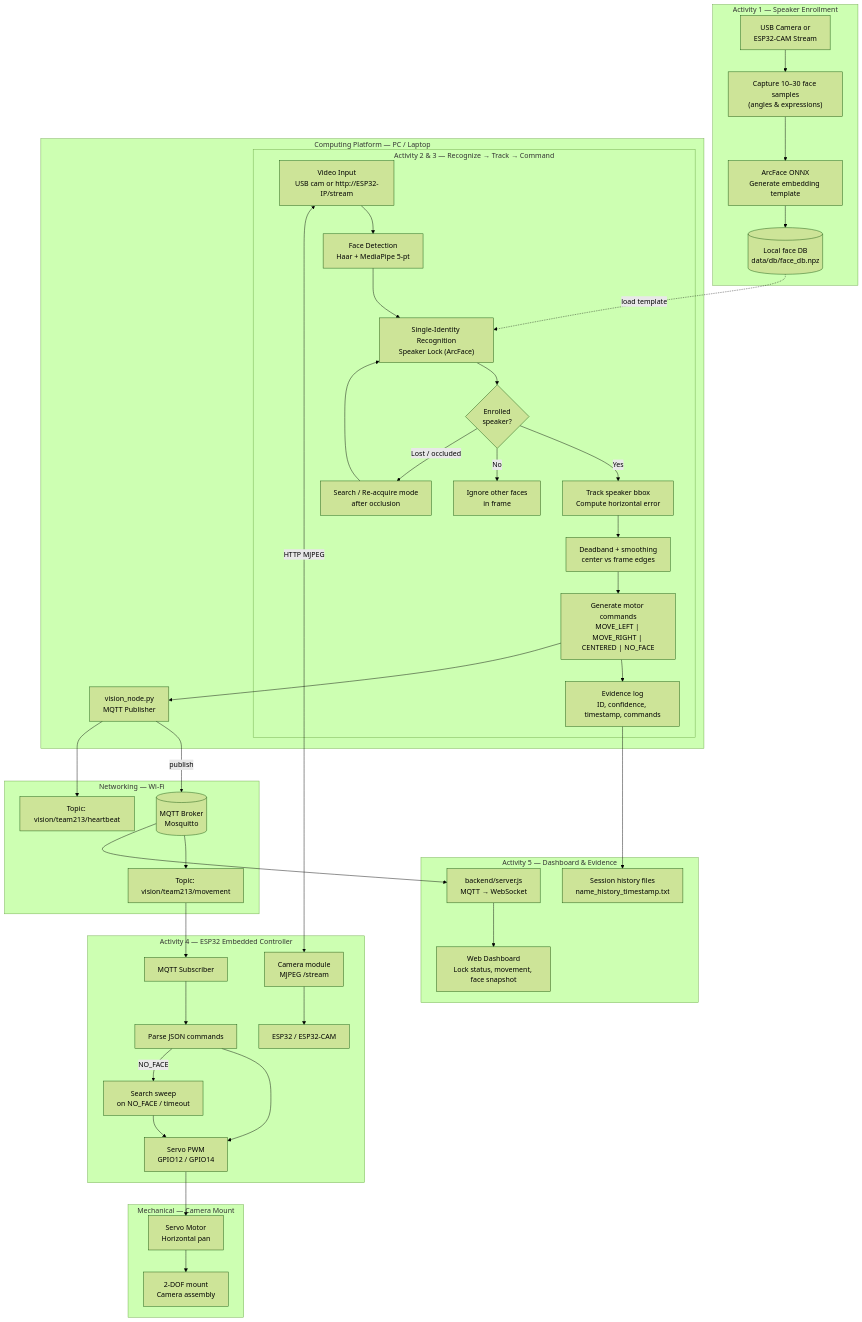
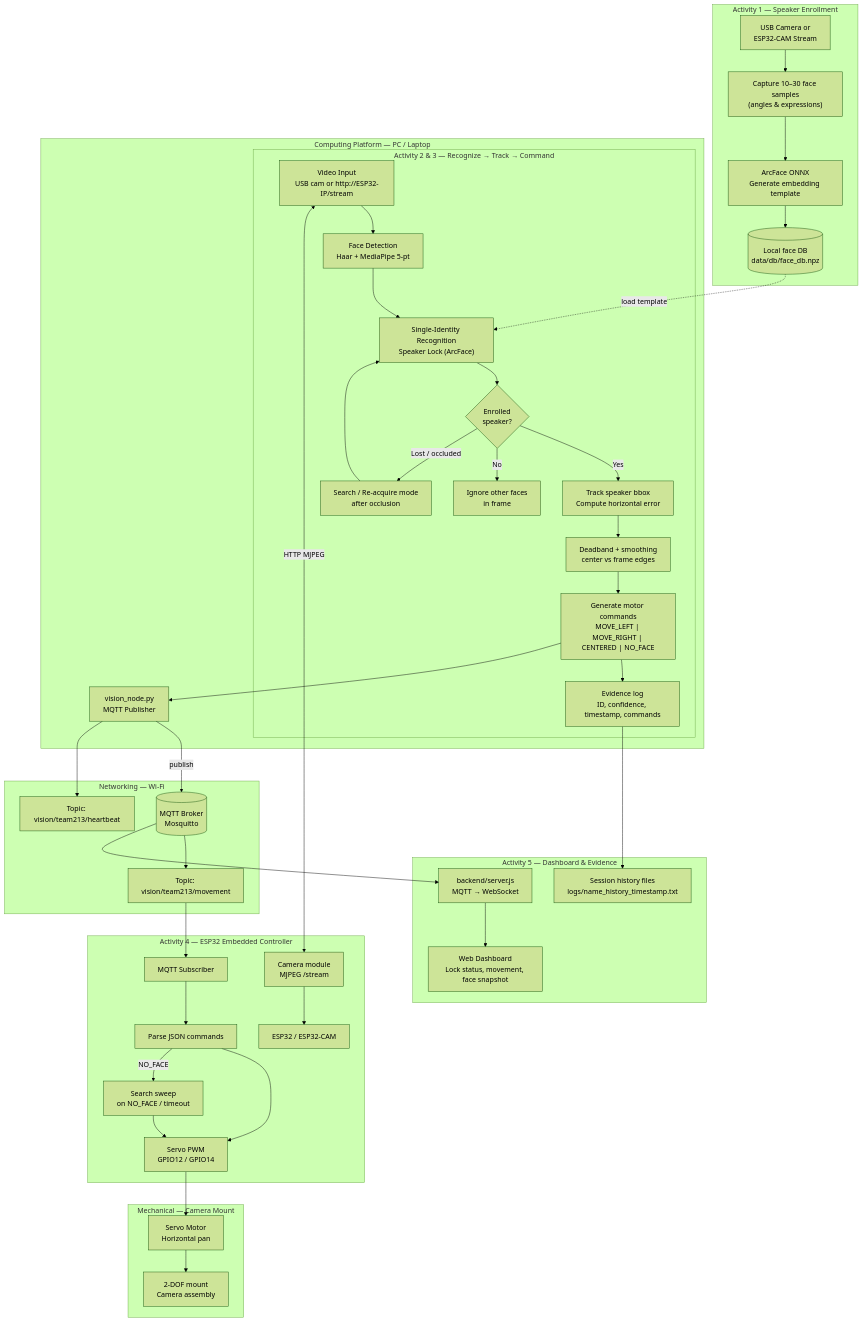
Before and after one commit to MutagomaP/FaceL-R: the first of 3 diagrams in README.md, drawn with Mermaid (forest theme). The commit also changed other lines of this file and 18 other files, not shown here.

````diff
--- a/README.md
+++ b/README.md
@@ -23,76 +23,76 @@
 ```mermaid
 flowchart TB
     subgraph ENROLL["Activity 1 — Speaker Enrollment"]
         CAM_E["USB Camera or<br/>ESP32-CAM Stream"]
         CAP["Capture 10–30 face samples<br/>(angles & expressions)"]
         ARC_E["ArcFace ONNX<br/>Generate embedding template"]
         DB[("Local face DB<br/>data/db/face_db.npz")]
         CAM_E --> CAP --> ARC_E --> DB
     end
 
     subgraph PC["Computing Platform — PC / Laptop"]
         subgraph VISION["Activity 2 & 3 — Recognize → Track → Command"]
             STREAM["Video Input<br/>USB cam or http://ESP32-IP/stream"]
             DET["Face Detection<br/>Haar + MediaPipe 5-pt"]
             REC["Single-Identity Recognition<br/>Speaker Lock (ArcFace)"]
             LOCK{"Enrolled<br/>speaker?"}
             IGNORE["Ignore other faces<br/>in frame"]
             TRACK["Track speaker bbox<br/>Compute horizontal error"]
             DEAD["Deadband + smoothing<br/>center vs frame edges"]
             CMD["Generate motor commands<br/>MOVE_LEFT | MOVE_RIGHT | CENTERED | NO_FACE"]
             SEARCH["Search / Re-acquire mode<br/>after occlusion"]
             LOG_PC["Evidence log<br/>ID, confidence, timestamp, commands"]
 
             STREAM --> DET --> REC --> LOCK
             LOCK -->|Yes| TRACK
             LOCK -->|No| IGNORE
             TRACK --> DEAD --> CMD
             LOCK -->|Lost / occluded| SEARCH
             SEARCH --> REC
             CMD --> LOG_PC
         end
 
         VNODE["vision_node.py<br/>MQTT Publisher"]
         CMD --> VNODE
     end
 
     subgraph NET["Networking — Wi-Fi"]
         BROKER[("MQTT Broker<br/>Mosquitto")]
         TOPIC_MOV["Topic: vision/team213/movement"]
         TOPIC_HB["Topic: vision/team213/heartbeat"]
     end
 
     subgraph EDGE["Activity 4 — ESP32 Embedded Controller"]
         ESP["ESP32 / ESP32-CAM"]
         SUB["MQTT Subscriber"]
         PARSE["Parse JSON commands"]
         SERVO_DRV["Servo PWM<br/>GPIO12 / GPIO14"]
         SWEEP["Search sweep<br/>on NO_FACE / timeout"]
         CAM_S["Camera module<br/>MJPEG /stream"]
 
         SUB --> PARSE --> SERVO_DRV
         PARSE -->|NO_FACE| SWEEP --> SERVO_DRV
         CAM_S --> ESP
     end
 
     subgraph MECH["Mechanical — Camera Mount"]
         SERVO["Servo Motor<br/>Horizontal pan"]
         MOUNT["2-DOF mount<br/>Camera assembly"]
         SERVO --> MOUNT
     end
 
     subgraph MONITOR["Activity 5 — Dashboard & Evidence"]
         BACKEND["backend/server.js<br/>MQTT → WebSocket"]
         DASH["Web Dashboard<br/>Lock status, movement, face snapshot"]
-        HIST["Session history files<br/>name_history_timestamp.txt"]
+        HIST["Session history files<br/>logs/name_history_timestamp.txt"]
     end
 
     DB -.->|load template| REC
     STREAM <-->|HTTP MJPEG| CAM_S
     VNODE -->|publish| BROKER
     BROKER --> TOPIC_MOV --> SUB
     VNODE --> TOPIC_HB
     SERVO_DRV --> SERVO
     BROKER --> BACKEND --> DASH
     LOG_PC --> HIST
 ```
````
